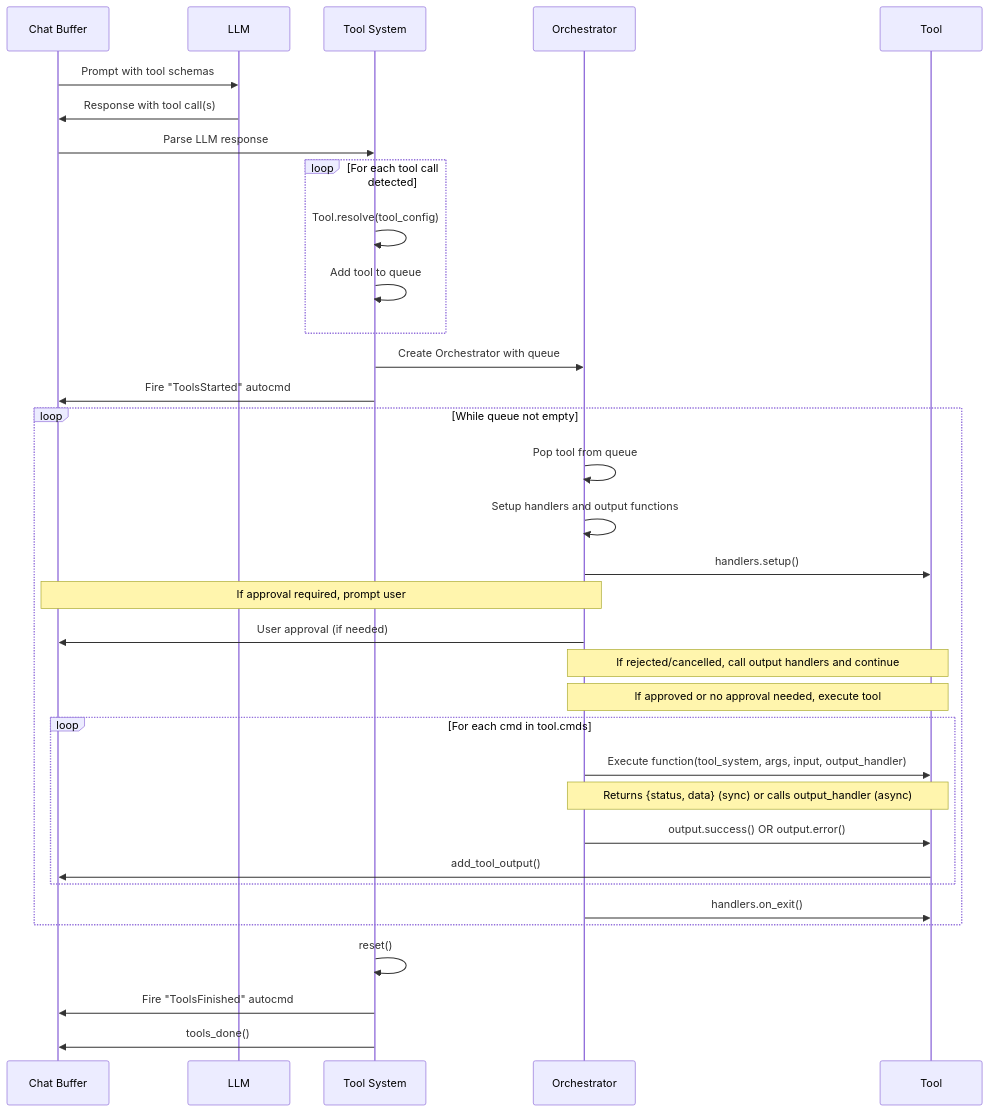
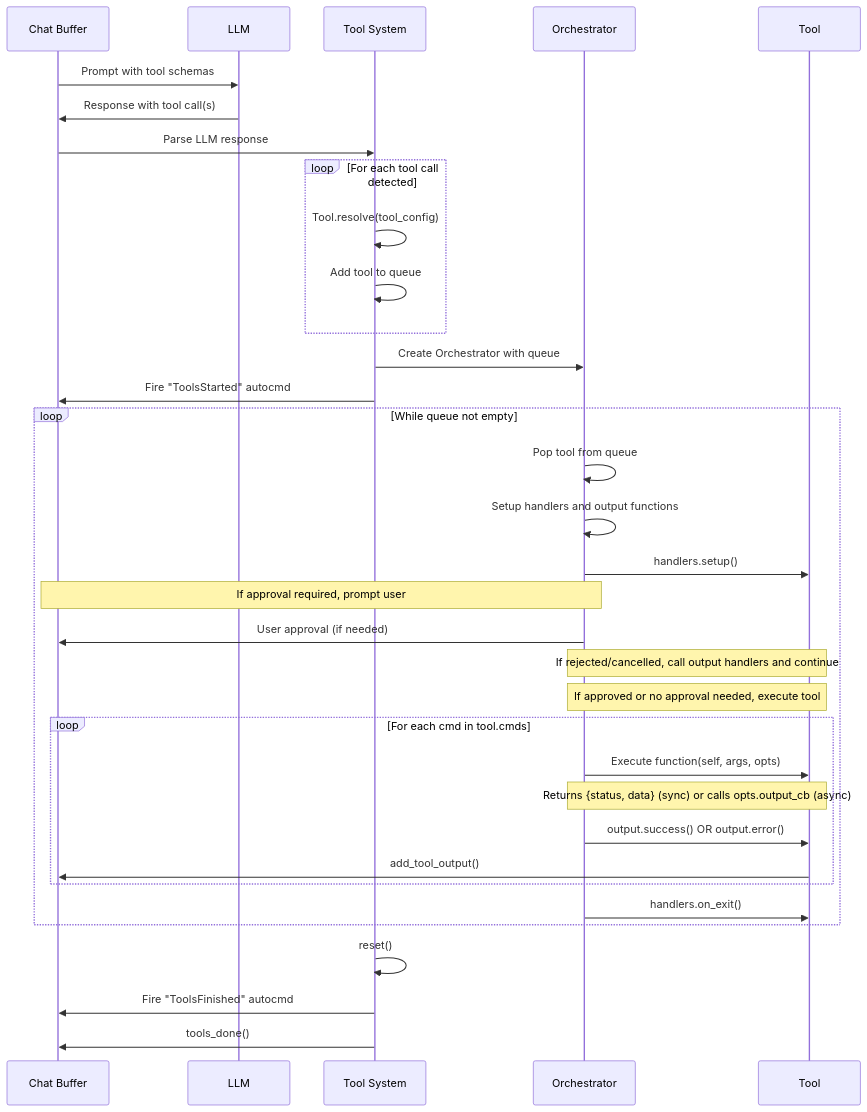
Before and after one commit to olimorris/codecompanion.nvim: the diagram in doc/extending/tools.md, drawn with Mermaid. The commit also changed other lines of this file and 45 other files, not shown here.

````diff
--- a/doc/extending/tools.md
+++ b/doc/extending/tools.md
@@ -17,46 +17,46 @@
 ```mermaid
 sequenceDiagram
     participant C as Chat Buffer
     participant L as LLM
     participant TS as Tool System
     participant O as Orchestrator
     participant T as Tool
 
     C->>L: Prompt with tool schemas
     L->>C: Response with tool call(s)
 
     C->>TS: Parse LLM response
 
     loop For each tool call detected
         TS->>TS: Tool.resolve(tool_config)
         TS->>TS: Add tool to queue
     end
 
     TS->>O: Create Orchestrator with queue
     TS->>C: Fire "ToolsStarted" autocmd
 
     loop While queue not empty
         O->>O: Pop tool from queue
         O->>O: Setup handlers and output functions
         O->>T: handlers.setup()
 
         Note over O,C: If approval required, prompt user
         O->>C: User approval (if needed)
 
         Note over O,T: If rejected/cancelled, call output handlers and continue
         Note over O,T: If approved or no approval needed, execute tool
 
         loop For each cmd in tool.cmds
-            O->>T: Execute function(tool_system, args, input, output_handler)
-            Note over T,O: Returns {status, data} (sync) or calls output_handler (async)
+            O->>T: Execute function(self, args, opts)
+            Note over T,O: Returns {status, data} (sync) or calls opts.output_cb (async)
             O->>T: output.success() OR output.error()
             T->>C: add_tool_output()
         end
 
         O->>T: handlers.on_exit()
     end
 
     TS->>TS: reset()
     TS->>C: Fire "ToolsFinished" autocmd
     TS->>C: tools_done()
 ```
````
